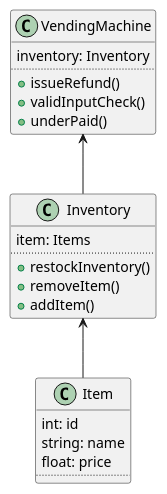
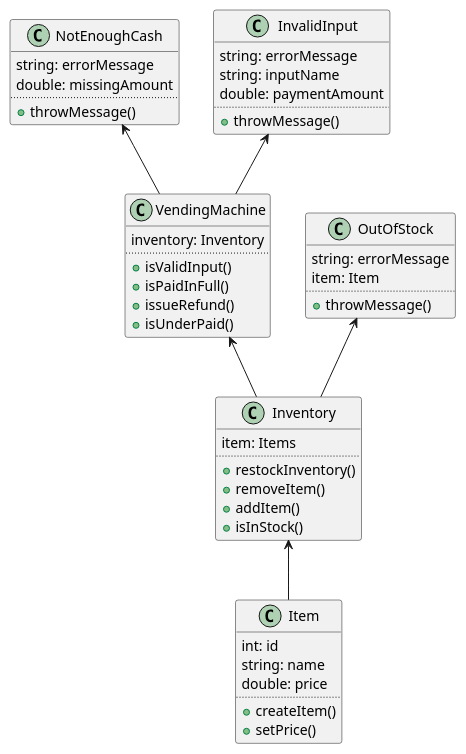
Before and after one commit to thtay/Vending-Machine: the diagram in uml-design.puml, drawn with PlantUML. The commit also changed 1 other file, not shown here.

Commit message:
update to the UML design and also added a state diagram.

```diff
--- a/uml-design.puml
+++ b/uml-design.puml
@@ -1,29 +1,58 @@
 @startuml
 
-class Item {
+class Item{
 int: id
 string: name
-float: price
+double: price
 ..
++ createItem()
++ setPrice()
 }
 
 class Inventory{
 item: Items
 ..
 + restockInventory()
 + removeItem()
 + addItem()
++ isInStock()
 }
 
 class VendingMachine{
 inventory: Inventory
 ..
++ isValidInput()
++ isPaidInFull()
 + issueRefund()
-+ validInputCheck()
-+ underPaid()
++ isUnderPaid()
+}
+
+class NotEnoughCash{
+string: errorMessage
+double: missingAmount
+..
++ throwMessage()
+}
+
+class InvalidInput{
+string: errorMessage
+string: inputName
+double: paymentAmount
+..
++ throwMessage()
+}
+
+class OutOfStock{
+string: errorMessage
+item: Item
+..
++ throwMessage()
 }
 
 Inventory <-- Item
 VendingMachine <-- Inventory
 
+OutOfStock <-- Inventory
+NotEnoughCash <-- VendingMachine
+InvalidInput <-- VendingMachine
 @enduml
```
